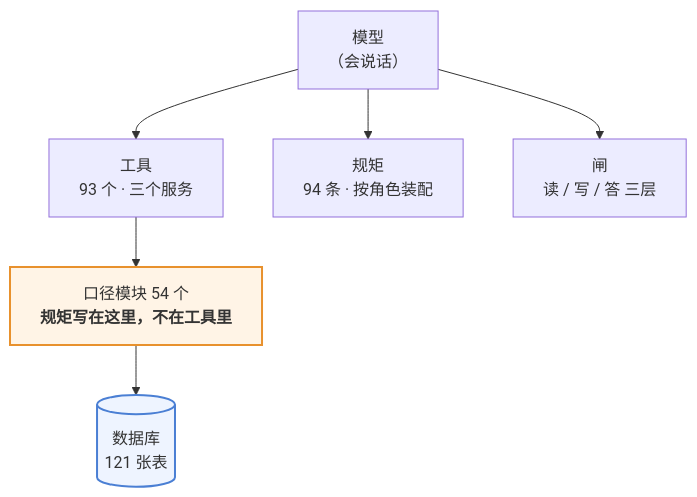
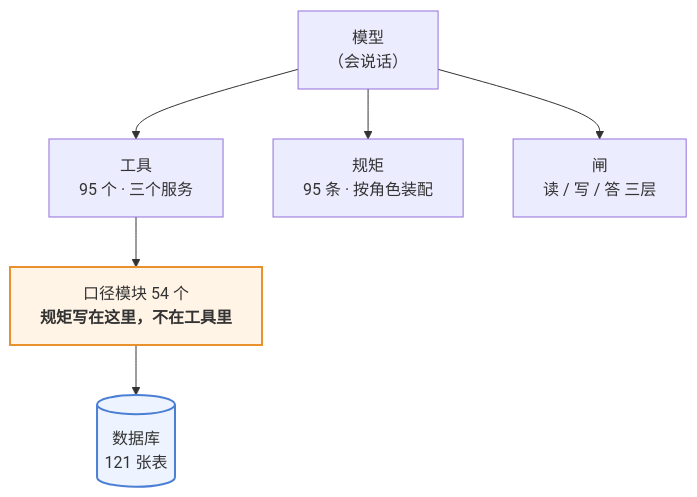
One commit to 843773296-rgb/lanxiu-yunshang-agent changed the first of 3 diagrams in 澜绣云裳agent-产品说明.md. Above: the diagram before and after it, drawn with Mermaid. The commit also changed other lines of this file and 16 other files, not shown here.

````diff
--- a/澜绣云裳agent-产品说明.md
+++ b/澜绣云裳agent-产品说明.md
@@ -62,12 +62,12 @@
 ```mermaid
 flowchart TD
     M["模型<br/>（会说话）"]
-    M --> T["工具<br/>93 个 · 三个服务"]
-    M --> R["规矩<br/>94 条 · 按角色装配"]
+    M --> T["工具<br/>95 个 · 三个服务"]
+    M --> R["规矩<br/>95 条 · 按角色装配"]
     M --> G["闸<br/>读 / 写 / 答 三层"]
     T --> K["口径模块 54 个<br/><b>规矩写在这里，不在工具里</b>"]
     K --> DB[("数据库<br/>121 张表")]
 
     style K fill:#fff4e6,stroke:#e8912d,stroke-width:2px
     style DB fill:#eef4ff,stroke:#4a7fd4,stroke-width:2px
 ```
````
